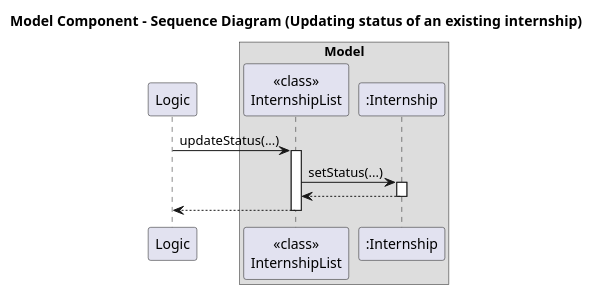
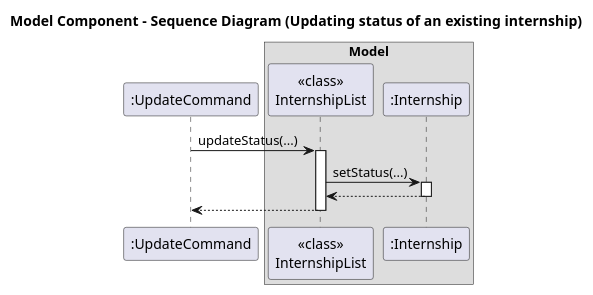
The diagram in docs/diagrams/ModelComponentSD_Update.puml (AY2526S1-CS2113-W14-4/tp), drawn with PlantUML before and after one commit. The commit also changed 15 other files, not shown here.

Commit message:
Fix more UML diagrams

```diff
--- a/docs/diagrams/ModelComponentSD_Update.puml
+++ b/docs/diagrams/ModelComponentSD_Update.puml
@@ -1,25 +1,25 @@
 @startuml
 title Model Component - Sequence Diagram (Updating status of an existing internship)
 ' Model Component Sequence Diagram
 ' Shows interactions between Logic, Model, InternshipList, Internship, Date and Status
 ' Additional abstract components: Logic (parses commands) and Storage (persists data)
 '
-participant Logic as "Logic"
+participant Logic as ":UpdateCommand"
 
 box Model
 participant InternshipList as "<<class>>\nInternshipList"
 participant Internship as ":Internship"
 endbox
 
 ' --- Scenario 2: Updating status of an existing internship ---
 Logic -> InternshipList: updateStatus(...)
 activate InternshipList
 InternshipList -> Internship: setStatus(...)
 activate Internship
 Internship --> InternshipList
 deactivate Internship
 ' Persist change
 InternshipList --> Logic
 deactivate InternshipList
 
 @enduml
```
